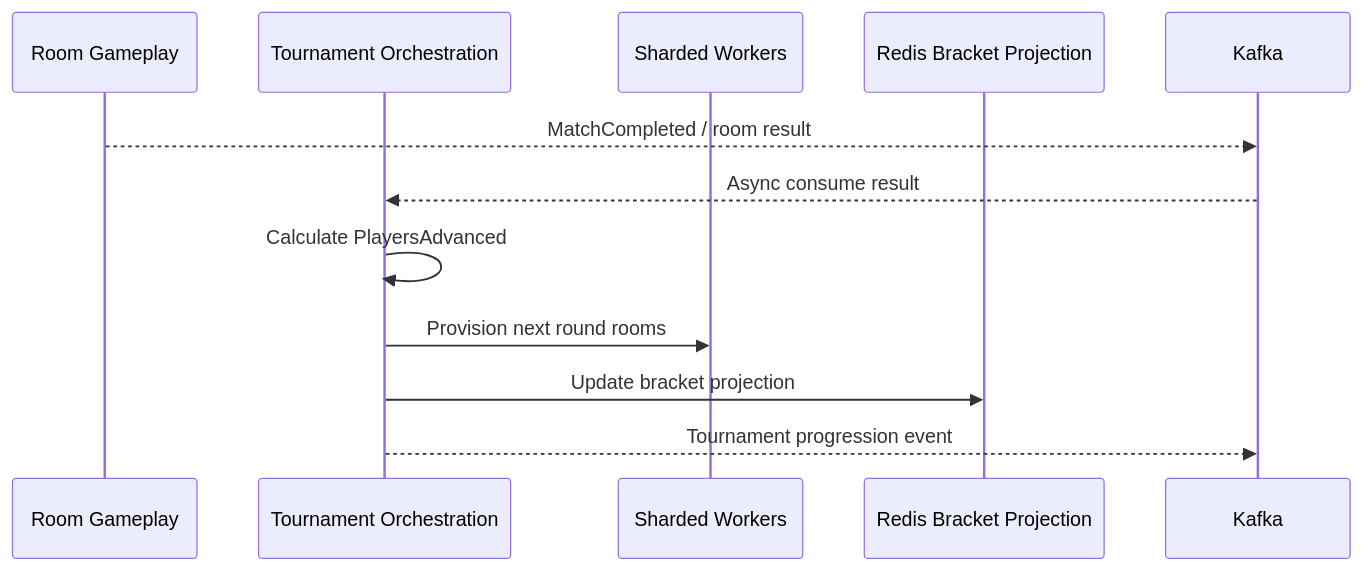
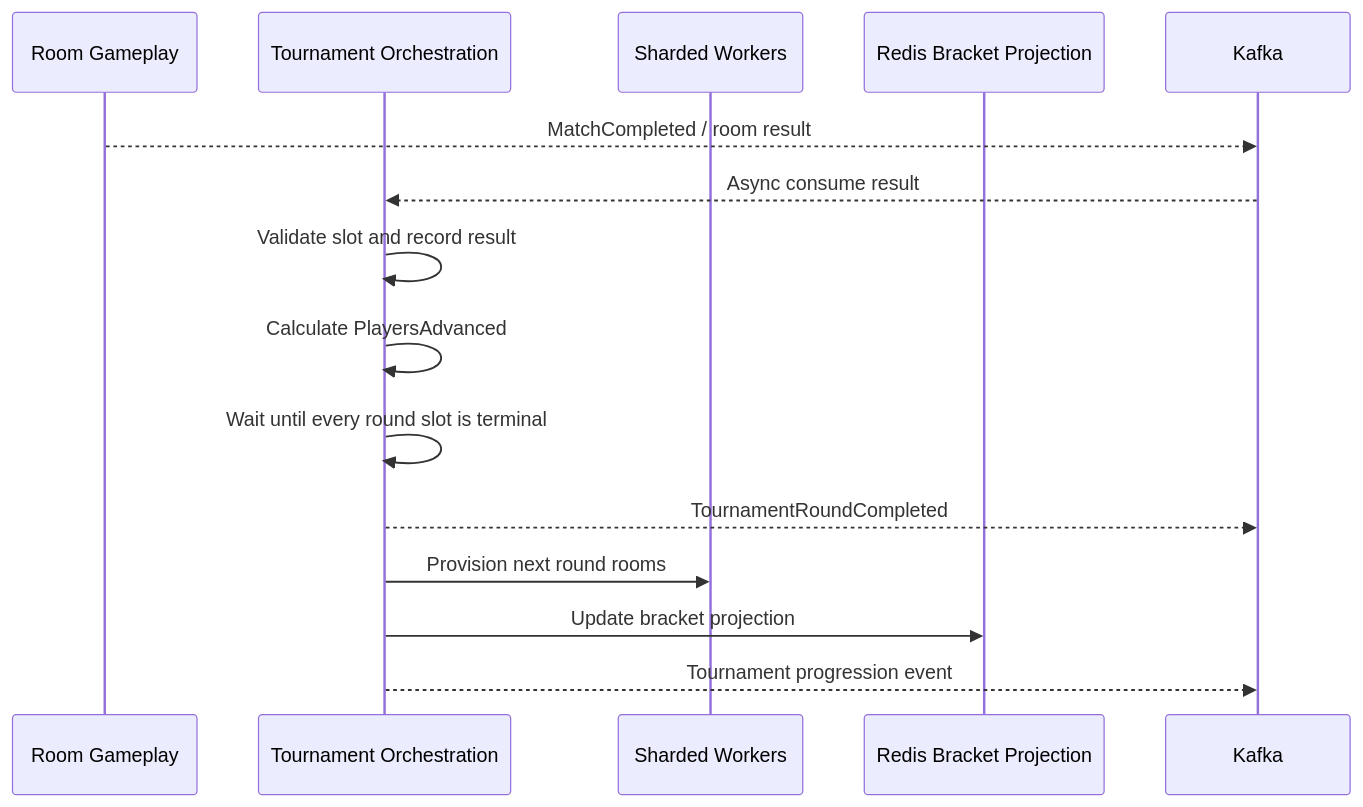
One commit to FSendot/uno-arena changed the third of 5 diagrams in docs/architecture/07-sequence-diagrams.md. Above: the diagram before and after it, drawn with Mermaid. The commit also changed other lines of this file and 9 other files, not shown here.

````diff
--- a/docs/architecture/07-sequence-diagrams.md
+++ b/docs/architecture/07-sequence-diagrams.md
@@ -55,15 +49,18 @@
 ```mermaid
 sequenceDiagram
     participant R as Room Gameplay
     participant T as Tournament Orchestration
     participant W as Sharded Workers
     participant P as Redis Bracket Projection
     participant K as Kafka
 
     R-->>K: MatchCompleted / room result
     K-->>T: Async consume result
+    T->>T: Validate slot and record result
     T->>T: Calculate PlayersAdvanced
+    T->>T: Wait until every round slot is terminal
+    T-->>K: TournamentRoundCompleted
     T->>W: Provision next round rooms
     T->>P: Update bracket projection
     T-->>K: Tournament progression event
 ```
````
